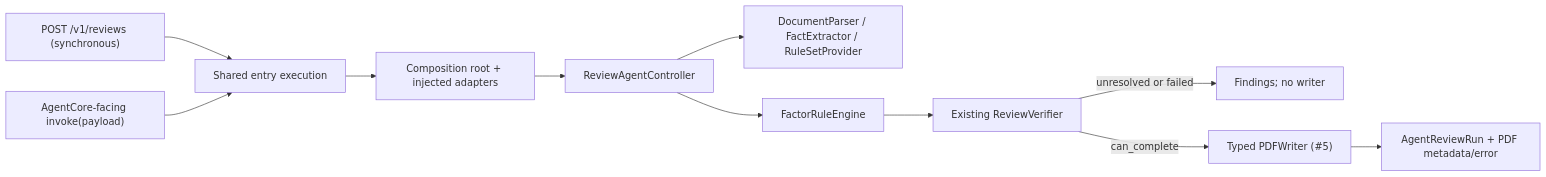
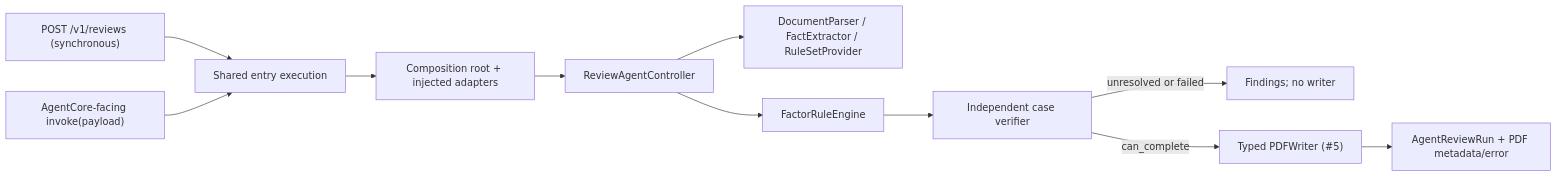
One commit to chengruchou/newtaipei-appraisal-review-ai changed the first of 2 diagrams in docs/architecture.md. Above: the diagram before and after it, drawn with Mermaid. The commit also changed other lines of this file and 31 other files, not shown here.

Commit message:
Implement independent case review and complete inventory gating

````diff
--- a/docs/architecture.md
+++ b/docs/architecture.md
@@ -13,13 +13,13 @@
 ```mermaid
 flowchart LR
     API["POST /v1/reviews (synchronous)"] --> ENTRY["Shared entry execution"]
     INV["AgentCore-facing invoke(payload)"] --> ENTRY
     ENTRY --> BOOT["Composition root + injected adapters"]
     BOOT --> C["ReviewAgentController"]
     C --> P["DocumentParser / FactExtractor / RuleSetProvider"]
     C --> E["FactorRuleEngine"]
-    E --> V["Existing ReviewVerifier"]
+    E --> V["Independent case verifier"]
     V -->|unresolved or failed| F["Findings; no writer"]
     V -->|can_complete| W["Typed PDFWriter (#5)"]
     W --> R["AgentReviewRun + PDF metadata/error"]
 ```
````
